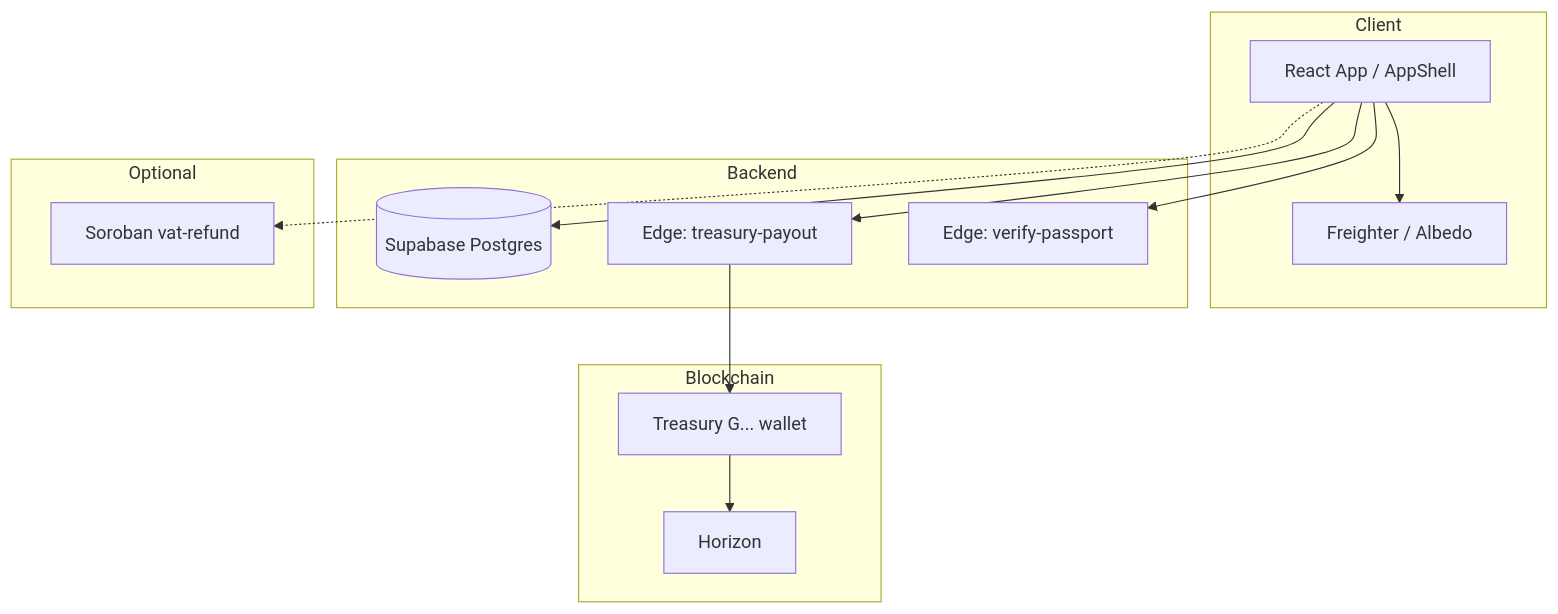
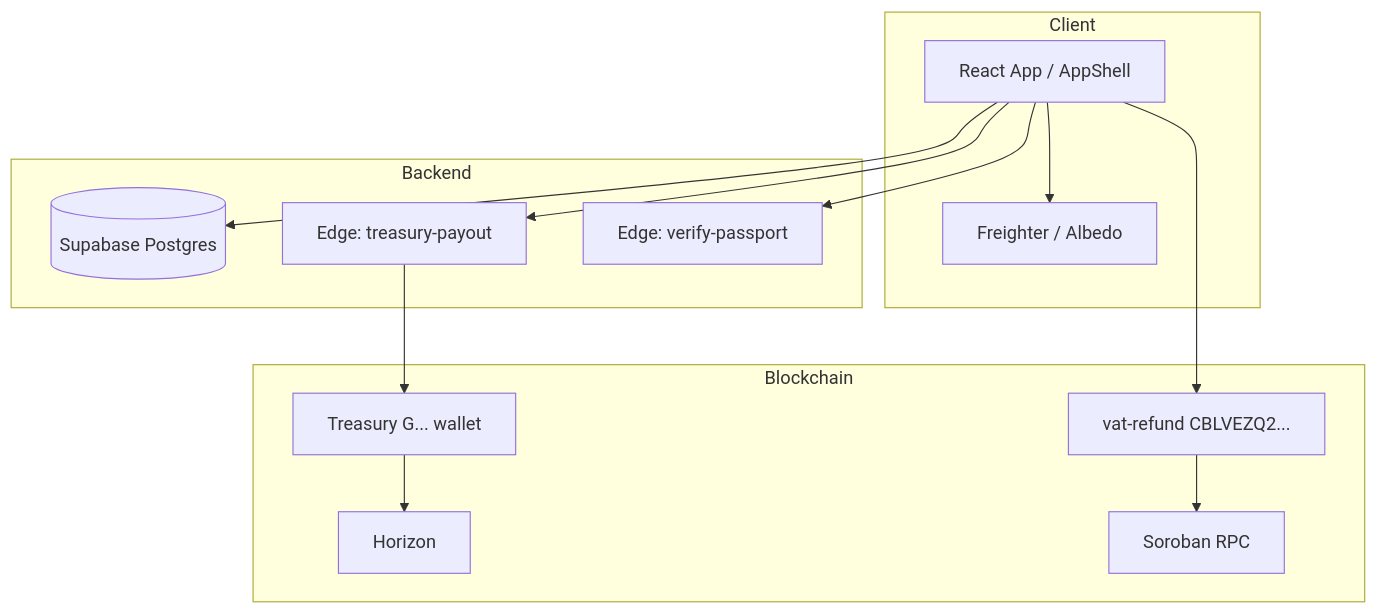
The first of 8 diagrams in README.md (AmaanSayyad/Gemetra-XLM), drawn with Mermaid before and after one commit. The commit also changed other lines of this file and 14 other files, not shown here.

First line of the commit message:
feat: record live vat-refund deployments on Stellar mainnet

````diff
--- a/README.md
+++ b/README.md
@@ -41,26 +43,26 @@
 ```mermaid
 flowchart TB
     subgraph Client
         WEB[React App / AppShell]
         W[Freighter / Albedo]
     end
     subgraph Backend
         SB[(Supabase Postgres)]
         EF[Edge: treasury-payout]
         VP[Edge: verify-passport]
     end
     subgraph Blockchain
         T[Treasury G... wallet]
         H[Horizon]
-    end
-    subgraph Optional
-        SC[Soroban vat-refund]
+        RPC[Soroban RPC]
+        SC[vat-refund CBLVEZQ2...]
     end
     WEB --> SB
     WEB --> W
     WEB --> EF
-    WEB -.-> SC
+    WEB --> SC
     EF --> T
     T --> H
+    SC --> RPC
     WEB --> VP
 ```
````
